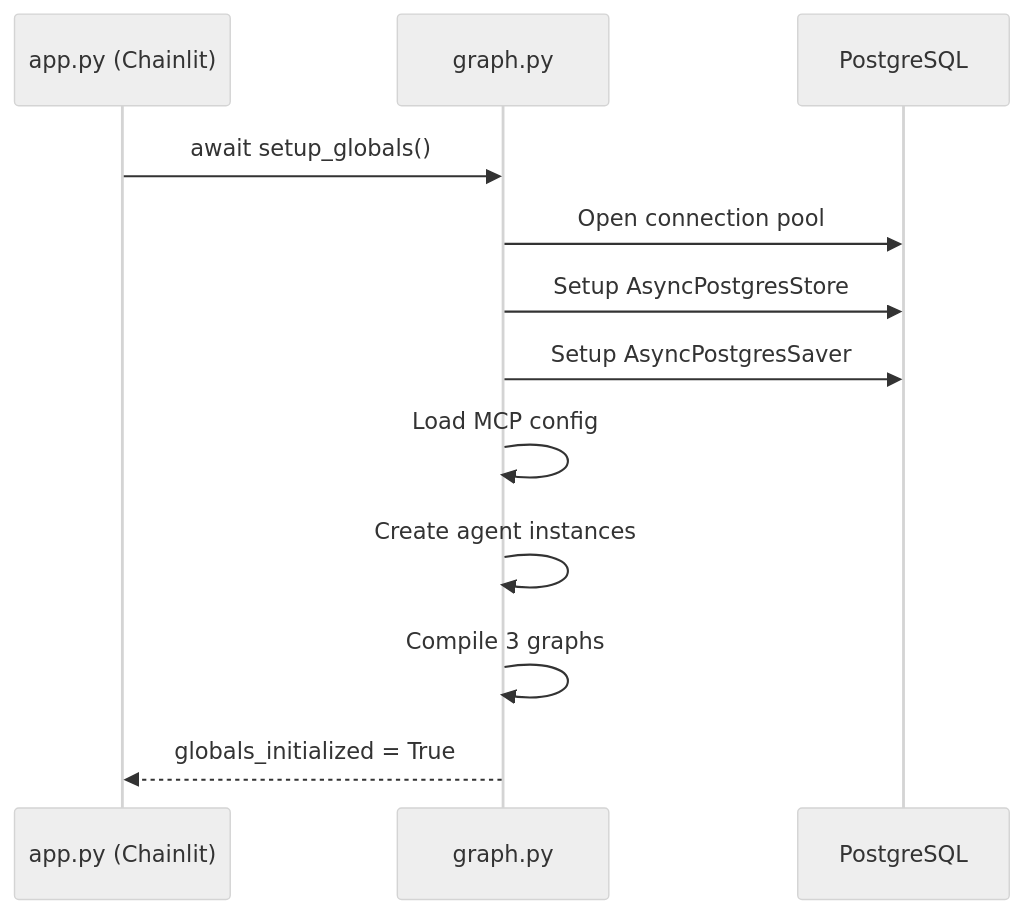
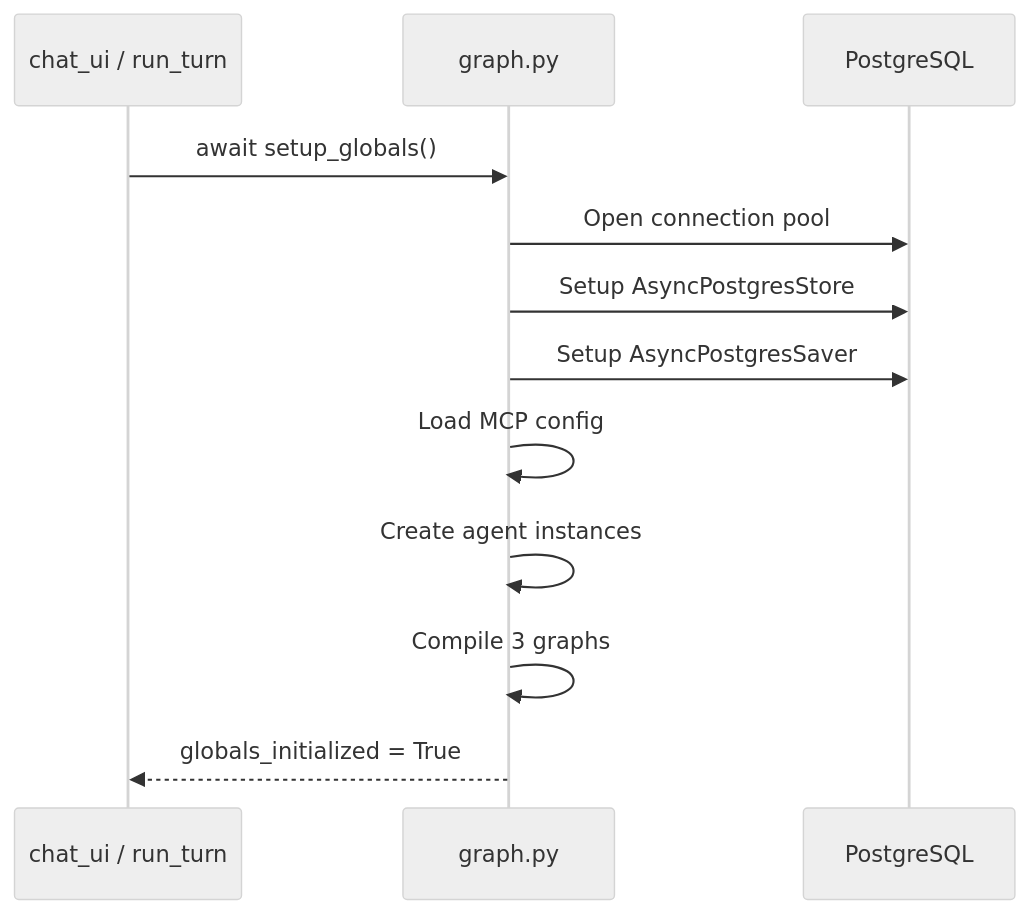
Before and after one commit to mooball/EagleAgent: the fifth of 5 diagrams in docs/AGENT_GRAPH_ARCHITECTURE.md, drawn with Mermaid (neutral theme). The commit also changed other lines of this file and 17 other files, not shown here.

````diff
--- a/docs/AGENT_GRAPH_ARCHITECTURE.md
+++ b/docs/AGENT_GRAPH_ARCHITECTURE.md
@@ -168,15 +168,15 @@
 ```mermaid
 sequenceDiagram
-    participant App as app.py (Chainlit)
+    participant App as chat_ui / run_turn
     participant Graph as graph.py
     participant PG as PostgreSQL
 
     App->>Graph: await setup_globals()
     Graph->>PG: Open connection pool
     Graph->>PG: Setup AsyncPostgresStore
     Graph->>PG: Setup AsyncPostgresSaver
     Graph->>Graph: Load MCP config
     Graph->>Graph: Create agent instances
     Graph->>Graph: Compile 3 graphs
     Graph-->>App: globals_initialized = True
 ```
````
